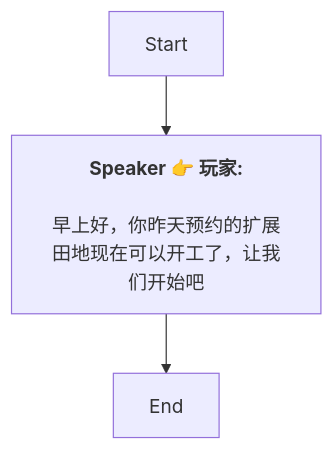
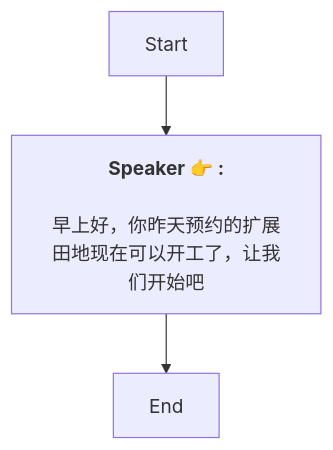
Before and after one commit to SoftHu/tos_avg: the diagram in Zh/Dialog_55390542103555.md, drawn with Mermaid. The commit also changed 737 other files, not shown here.

````diff
--- a/Zh/Dialog_55390542103555.md
+++ b/Zh/Dialog_55390542103555.md
@@ -1,8 +1,7 @@
 ```mermaid
 graph
-Start -->1772497920613492[<b>Speaker 👉 玩家:</b>
-
-早上好，你昨天预约的扩展田地现在可以开工了，让我们开始吧]
+Start -->1772497920613492[<b>Speaker 👉 :</b>
+\n早上好，你昨天预约的扩展田地现在可以开工了，让我们开始吧]
 1772497920613492 -->1772497923530869[End]
 
- ```
+```
````
